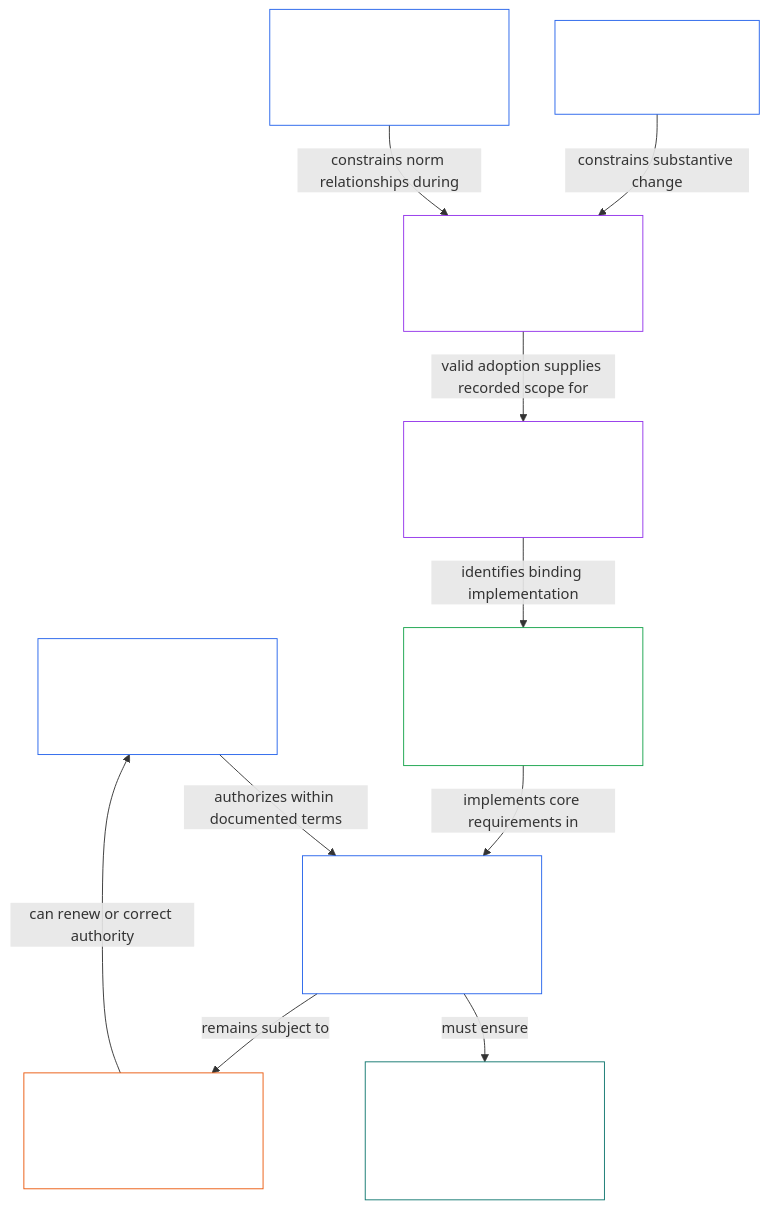
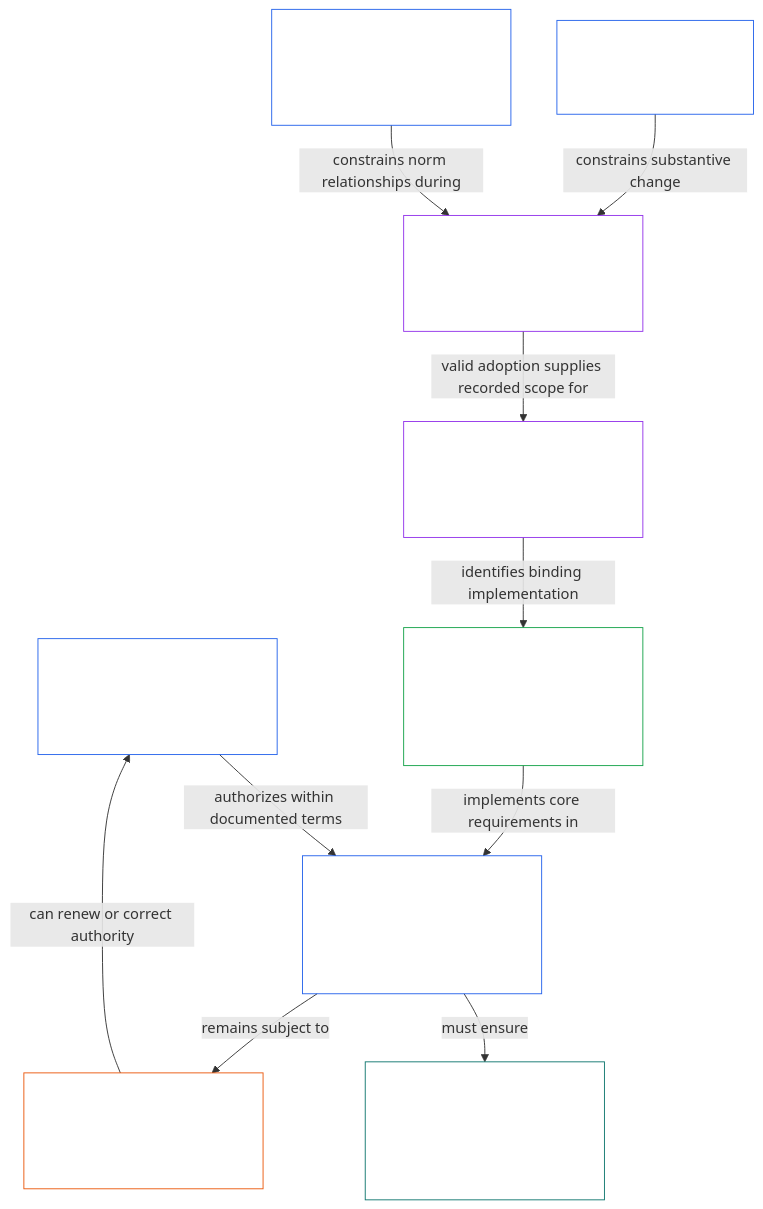
One commit to kfoelsch/Sentient_Constitution changed diagram 21 of 24 in guides/CONCEPTUAL_OVERVIEW.md. Above: the diagram before and after it, drawn with Mermaid. The commit also changed other lines of this file and 206 other files, not shown here.

````diff
--- a/guides/CONCEPTUAL_OVERVIEW.md
+++ b/guides/CONCEPTUAL_OVERVIEW.md
@@ -1072,30 +1076,30 @@
 ```mermaid
 flowchart TB
-    A["Chapter Twenty-Seven<br/><br/>Documented legitimacy mechanism"]
+    A["Chapter Twenty-One<br/><br/>Documented legitimacy mechanism"]
     G["Authorized governing roles<br/><br/>Stated scope, limits and competent stewards"]
     P["Participation inside authorized systems<br/><br/>Voice and challenge paths for affected sentients"]
     R["Contestation, correction<br/><br/>and reauthorization where applicable"]
-    N["Chapter Twenty-Eight<br/><br/>Non-regression"]
-    U["Chapter Twenty-Nine<br/><br/>Amendment, ratification and adoption procedures"]
-    H["Chapter Thirty<br/><br/>Supremacy within scope and external-law relations"]
-    B["Chapter Thirty-One<br/><br/>Incorporation, edition and custody"]
+    N["Chapter Twenty-Two<br/><br/>Non-regression"]
+    U["Chapter Twenty-Three<br/><br/>Amendment, ratification and adoption procedures"]
+    H["Chapter Twenty-Four<br/><br/>Supremacy within scope and external-law relations"]
+    B["Chapter Twenty-Five<br/><br/>Incorporation, edition and custody"]
     I["Adopted implementation obligations<br/><br/>Systems · Institutions · Forums · Joint structure"]
     A -->|authorizes within documented terms| G
     G -->|must ensure| P
     G -->|remains subject to| R
     R -->|can renew or correct authority| A
     N -->|constrains substantive change| U
     H -->|constrains norm relationships during| U
     U -->|valid adoption supplies recorded scope for| B
     B -->|identifies binding implementation| I
     I -->|implements core requirements in| G
     style A fill:none,stroke:#2563eb,color:#ffffff
     style G fill:none,stroke:#2563eb,color:#ffffff
     style P fill:none,stroke:#0f766e,color:#ffffff
     style R fill:none,stroke:#ea580c,color:#ffffff
     style N fill:none,stroke:#2563eb,color:#ffffff
     style H fill:none,stroke:#2563eb,color:#ffffff
     style U fill:none,stroke:#9333ea,color:#ffffff
     style B fill:none,stroke:#9333ea,color:#ffffff
     style I fill:none,stroke:#16a34a,color:#ffffff
 ```
````
